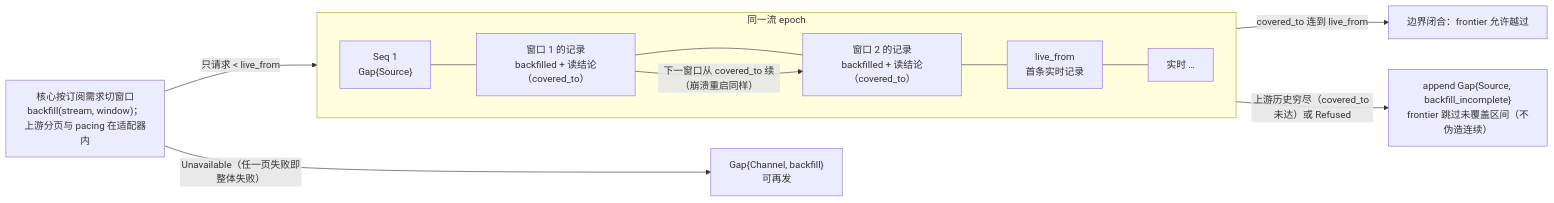
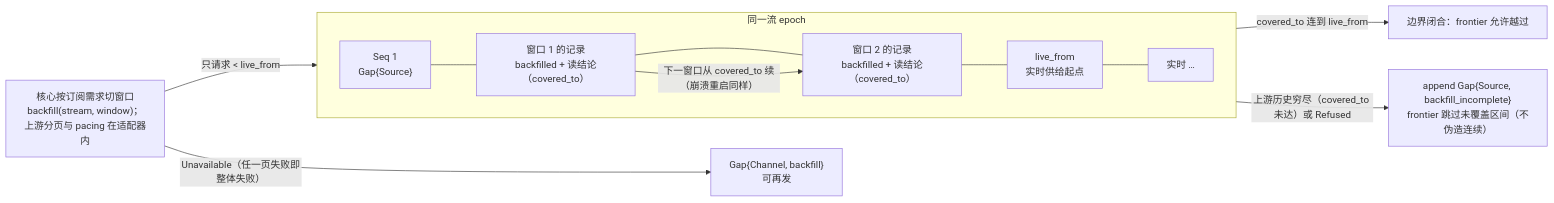
Before and after one commit to mouriya-s-lab/uta: the fourth of 6 diagrams in design/diagrams/03-observation-ingest.md, drawn with Mermaid. The commit also changed other lines of this file and 17 other files, not shown here.

Commit message:
design: fix review contradictions — bypass as lane control record, per-leg blocking-head key, positions per identity, orders completeness only before compaction, readiness/backfill split, uses graph and writer tables, Starting semantics, references

````diff
--- a/design/diagrams/03-observation-ingest.md
+++ b/design/diagrams/03-observation-ingest.md
@@ -89,12 +99,12 @@
 ```mermaid
 flowchart LR
   subgraph EPOCH["同一流 epoch"]
     direction LR
-    G["Seq 1<br/>Gap{Source}"] --- BF1["窗口 1 的记录<br/>backfilled + 读结论（covered_to）"] --- BF2["窗口 2 的记录<br/>backfilled + 读结论（covered_to）"] --- LF["live_from<br/>首条实时记录"] --- L1["实时 …"]
+    G["Seq 1<br/>Gap{Source}"] --- BF1["窗口 1 的记录<br/>backfilled + 读结论（covered_to）"] --- BF2["窗口 2 的记录<br/>backfilled + 读结论（covered_to）"] --- LF["live_from<br/>实时供给起点"] --- L1["实时 …"]
   end
   CORE["核心按订阅需求切窗口<br/>backfill(stream, window)；上游分页与 pacing 在适配器内"] -->|"只请求 < live_from"| BF1
   BF1 -->|"下一窗口从 covered_to 续（崩溃重启同样）"| BF2
   BF2 -->|"covered_to 连到 live_from"| CLOSE["边界闭合：frontier 允许越过"]
   BF2 -->|"上游历史穷尽（covered_to 未达）或 Refused"| INC["append Gap{Source, backfill_incomplete}<br/>frontier 跳过未覆盖区间（不伪造连续）"]
   CORE -->|"Unavailable（任一页失败即整体失败）"| CH["Gap{Channel, backfill}<br/>可再发"]
 ```
````
